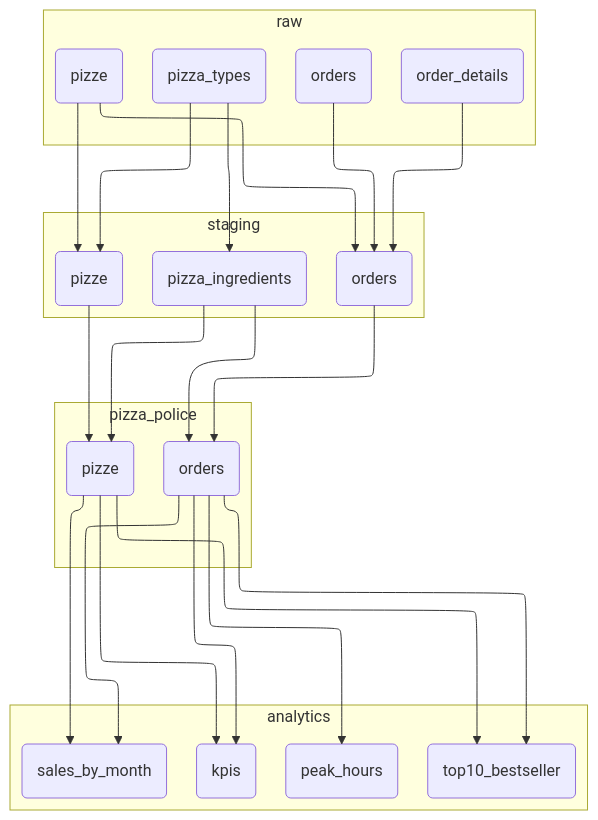
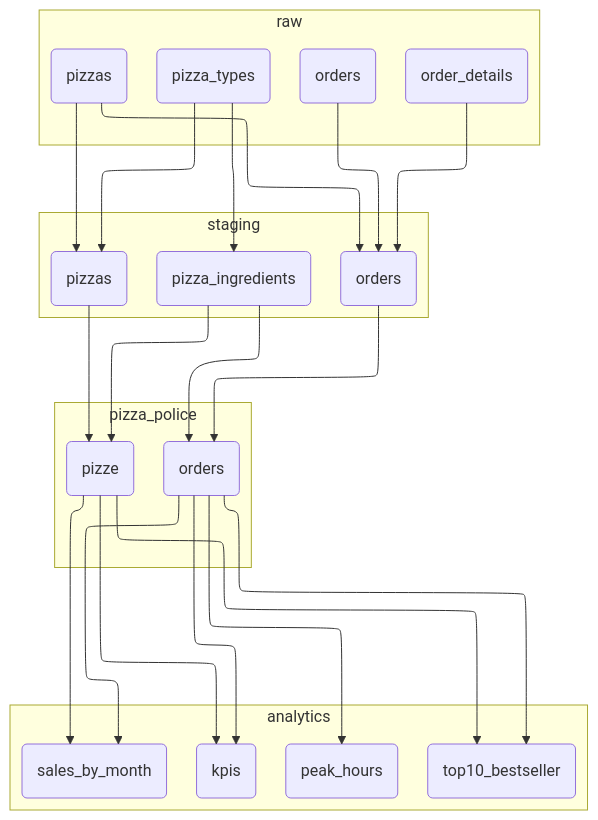
Before and after one commit to LeonardoNatale/pizza-engineering: the diagram in README.md, drawn with Mermaid. The commit also changed 7 other files, not shown here.

Commit message:
let the pizza police change the name to pizze

````diff
--- a/README.md
+++ b/README.md
@@ -23,50 +23,50 @@
 ```mermaid
 %%{init: {"flowchart": {"defaultRenderer": "elk"}} }%%
 flowchart TB
 
     subgraph analytics
         analytics.kpis(kpis)
         analytics.peak_hours(peak_hours)
         analytics.sales_by_month(sales_by_month)
         analytics.top10_bestseller(top10_bestseller)
     end
 
 
     subgraph pizza_police
         pizza_police.orders(orders)
         pizza_police.pizze(pizze)
     end
 
 
     subgraph raw
         raw.order_details(order_details)
         raw.orders(orders)
         raw.pizza_types(pizza_types)
-        raw.pizze(pizze)
+        raw.pizzas(pizzas)
     end
 
 
     subgraph staging
         staging.orders(orders)
         staging.pizza_ingredients(pizza_ingredients)
-        staging.pizze(pizze)
+        staging.pizzas(pizzas)
     end
 
     pizza_police.orders --> analytics.kpis
     pizza_police.pizze --> analytics.kpis
     pizza_police.orders --> analytics.peak_hours
     pizza_police.orders --> analytics.sales_by_month
     pizza_police.pizze --> analytics.sales_by_month
     pizza_police.orders --> analytics.top10_bestseller
     pizza_police.pizze --> analytics.top10_bestseller
     staging.orders --> pizza_police.orders
     staging.pizza_ingredients --> pizza_police.orders
     staging.pizza_ingredients --> pizza_police.pizze
-    staging.pizze --> pizza_police.pizze
+    staging.pizzas --> pizza_police.pizze
     raw.order_details --> staging.orders
     raw.orders --> staging.orders
-    raw.pizze --> staging.orders
+    raw.pizzas --> staging.orders
     raw.pizza_types --> staging.pizza_ingredients
-    raw.pizza_types --> staging.pizze
-    raw.pizze --> staging.pizze
+    raw.pizza_types --> staging.pizzas
+    raw.pizzas --> staging.pizzas
 ```
````
